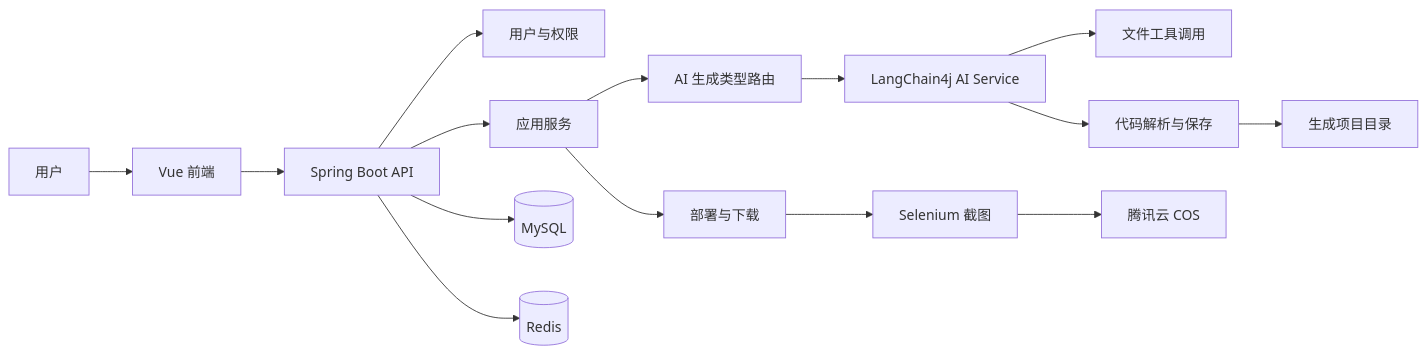
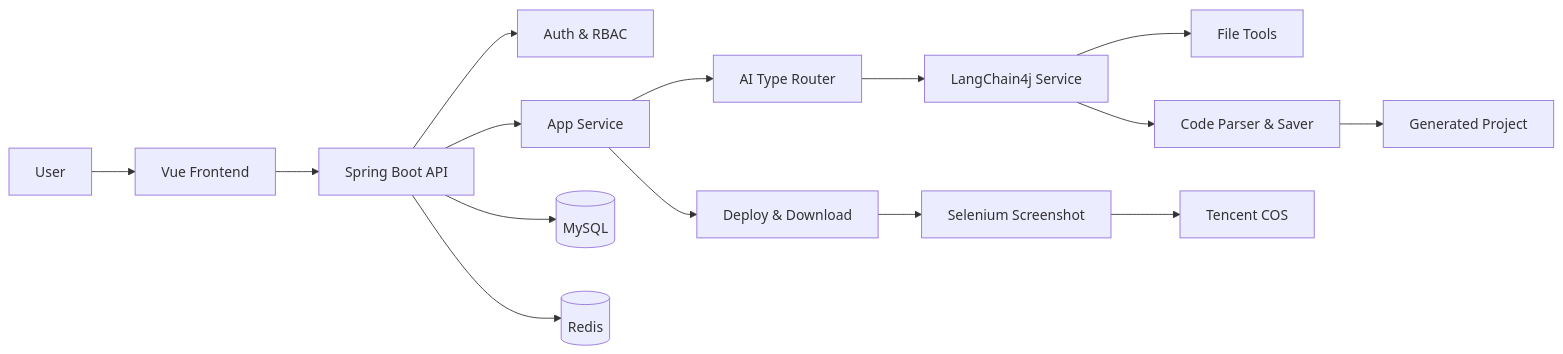
One commit to Wayneee1/yu-ai-code-mother changed the first of 3 diagrams in README.md. Above: the diagram before and after it, drawn with Mermaid. The commit also changed other lines of this file, not shown here.

Commit message:
修复Mermaid显示BUG

````diff
--- a/README.md
+++ b/README.md
@@ -69,17 +69,17 @@
 ```mermaid
 flowchart LR
-    User[用户] --> Frontend[Vue 前端]
-    Frontend --> AppAPI[Spring Boot API]
-    AppAPI --> Auth[用户与权限]
-    AppAPI --> AppService[应用服务]
-    AppService --> Router[AI 生成类型路由]
-    Router --> AI[LangChain4j AI Service]
-    AI --> Tools[文件工具调用]
-    AI --> Parser[代码解析与保存]
-    Parser --> Output[生成项目目录]
-    AppService --> Deploy[部署与下载]
-    Deploy --> Screenshot[Selenium 截图]
-    Screenshot --> COS[腾讯云 COS]
-    AppAPI --> MySQL[(MySQL)]
-    AppAPI --> Redis[(Redis)]
+    User["User"] --> Frontend["Vue Frontend"]
+    Frontend --> AppAPI["Spring Boot API"]
+    AppAPI --> Auth["Auth & RBAC"]
+    AppAPI --> AppService["App Service"]
+    AppService --> Router["AI Type Router"]
+    Router --> AI["LangChain4j Service"]
+    AI --> Tools["File Tools"]
+    AI --> Parser["Code Parser & Saver"]
+    Parser --> Output["Generated Project"]
+    AppService --> Deploy["Deploy & Download"]
+    Deploy --> Screenshot["Selenium Screenshot"]
+    Screenshot --> COS["Tencent COS"]
+    AppAPI --> MySQL[("MySQL")]
+    AppAPI --> Redis[("Redis")]
 ```
````
